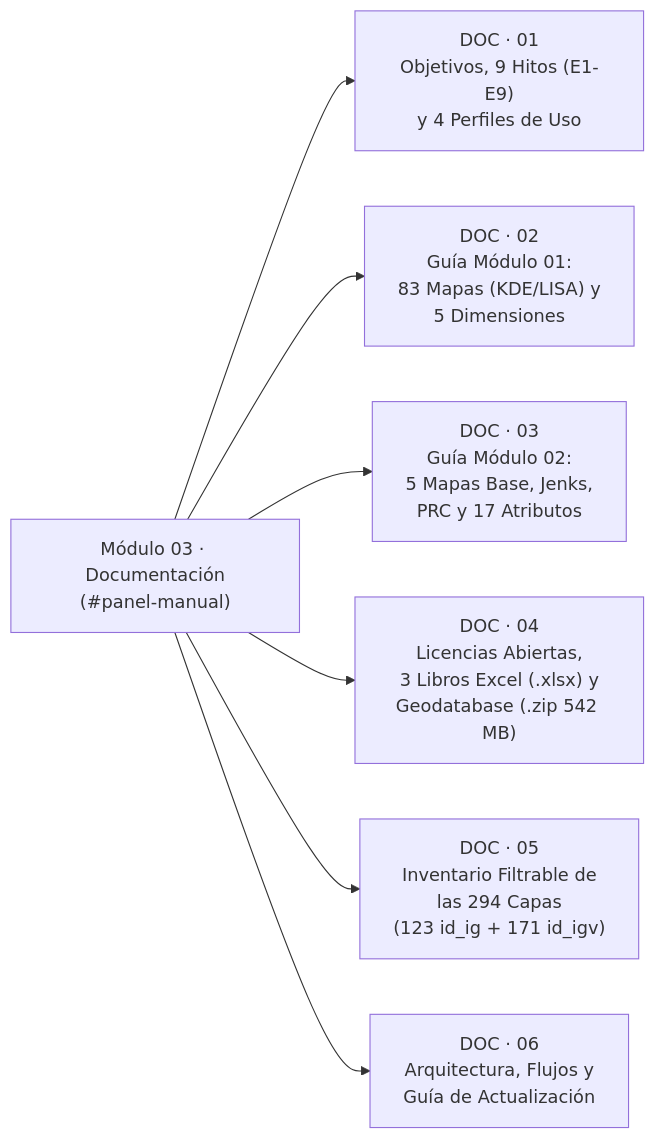
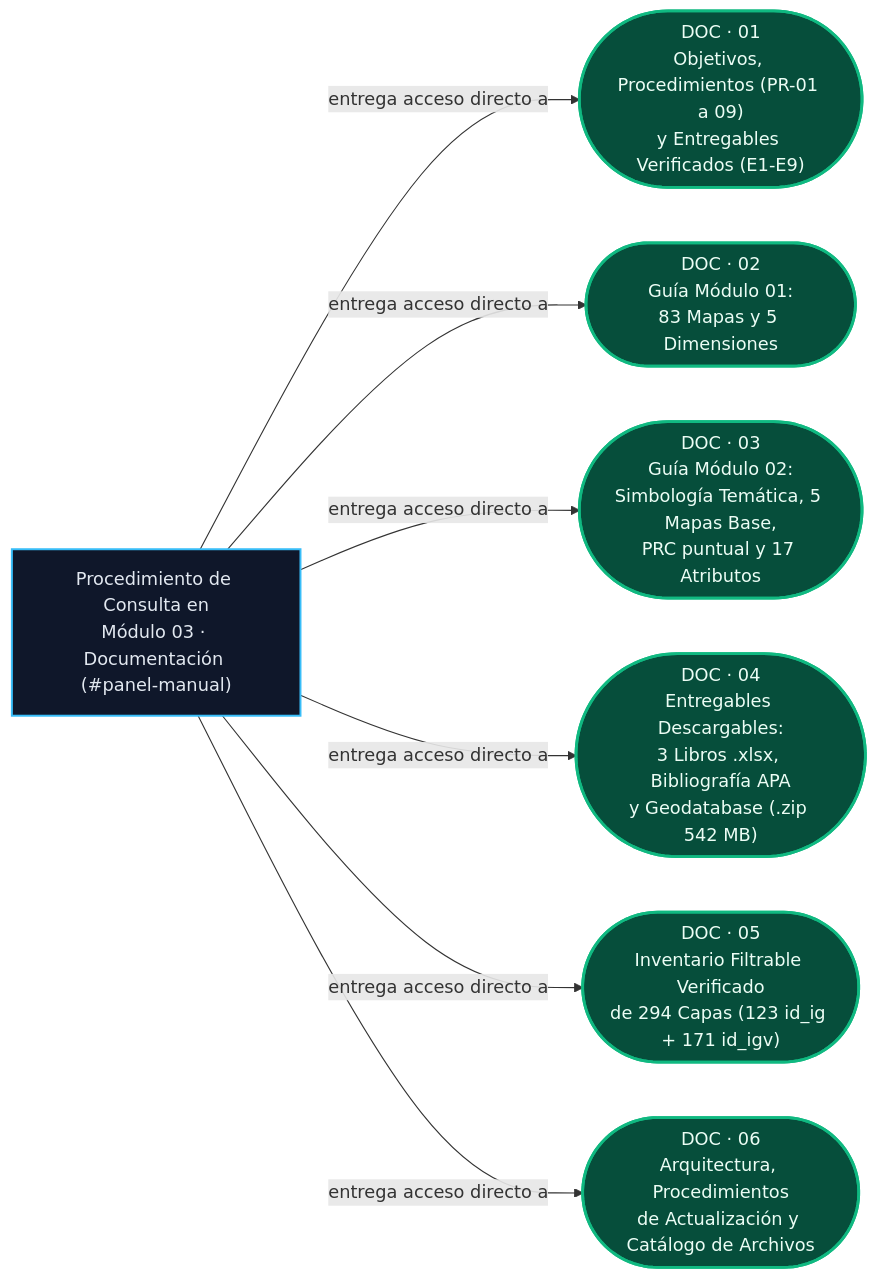
One commit to GEOJOTA/atlas-vgi-barrio-brasil changed the fifth of 5 diagrams in src/docs/MANUAL_USO.md. Above: the diagram before and after it, drawn with Mermaid. The commit also changed other lines of this file and 44 other files, not shown here.

Commit message:
feat(atlas): lectura dinamica A/A+/A++, pausa puntual en Inspector PRC, mapa base en simbologia, capas VGI exhaustivas y flujo procedimiento-entregable (v74)

````diff
--- a/src/docs/MANUAL_USO.md
+++ b/src/docs/MANUAL_USO.md
@@ -220,13 +240,16 @@
 ```mermaid
 flowchart LR
-    M03["Módulo 03 · Documentación\n(#panel-manual)"]
+    classDef proc fill:#0f172a,stroke:#38bdf8,stroke-width:1.8px,color:#e2e8f0
+    classDef ent fill:#064e3b,stroke:#10b981,stroke-width:2.5px,color:#ecfdf5
 
-    C1["DOC · 01\nObjetivos, 9 Hitos (E1-E9)\ny 4 Perfiles de Uso"]
-    C2["DOC · 02\nGuía Módulo 01:\n83 Mapas (KDE/LISA) y\n5 Dimensiones"]
-    C3["DOC · 03\nGuía Módulo 02:\n5 Mapas Base, Jenks,\nPRC y 17 Atributos"]
-    C4["DOC · 04\nLicencias Abiertas,\n3 Libros Excel (.xlsx) y\nGeodatabase (.zip 542 MB)"]
-    C5["DOC · 05\nInventario Filtrable de\nlas 294 Capas\n(123 id_ig + 171 id_igv)"]
-    C6["DOC · 06\nArquitectura, Flujos y\nGuía de Actualización"]
+    M03["Procedimiento de Consulta en\nMódulo 03 · Documentación (#panel-manual)"]:::proc
 
-    M03 --> C1 & C2 & C3 & C4 & C5 & C6
+    C1(["DOC · 01\nObjetivos, Procedimientos (PR-01 a 09)\ny Entregables Verificados (E1-E9)"]):::ent
+    C2(["DOC · 02\nGuía Módulo 01:\n83 Mapas y 5 Dimensiones"]):::ent
+    C3(["DOC · 03\nGuía Módulo 02:\nSimbología Temática, 5 Mapas Base,\nPRC puntual y 17 Atributos"]):::ent
+    C4(["DOC · 04\nEntregables Descargables:\n3 Libros .xlsx, Bibliografía APA\ny Geodatabase (.zip 542 MB)"]):::ent
+    C5(["DOC · 05\nInventario Filtrable Verificado\nde 294 Capas (123 id_ig + 171 id_igv)"]):::ent
+    C6(["DOC · 06\nArquitectura, Procedimientos\nde Actualización y Catálogo de Archivos"]):::ent
+
+    M03 -->|"entrega acceso directo a"| C1 & C2 & C3 & C4 & C5 & C6
 ```
````
